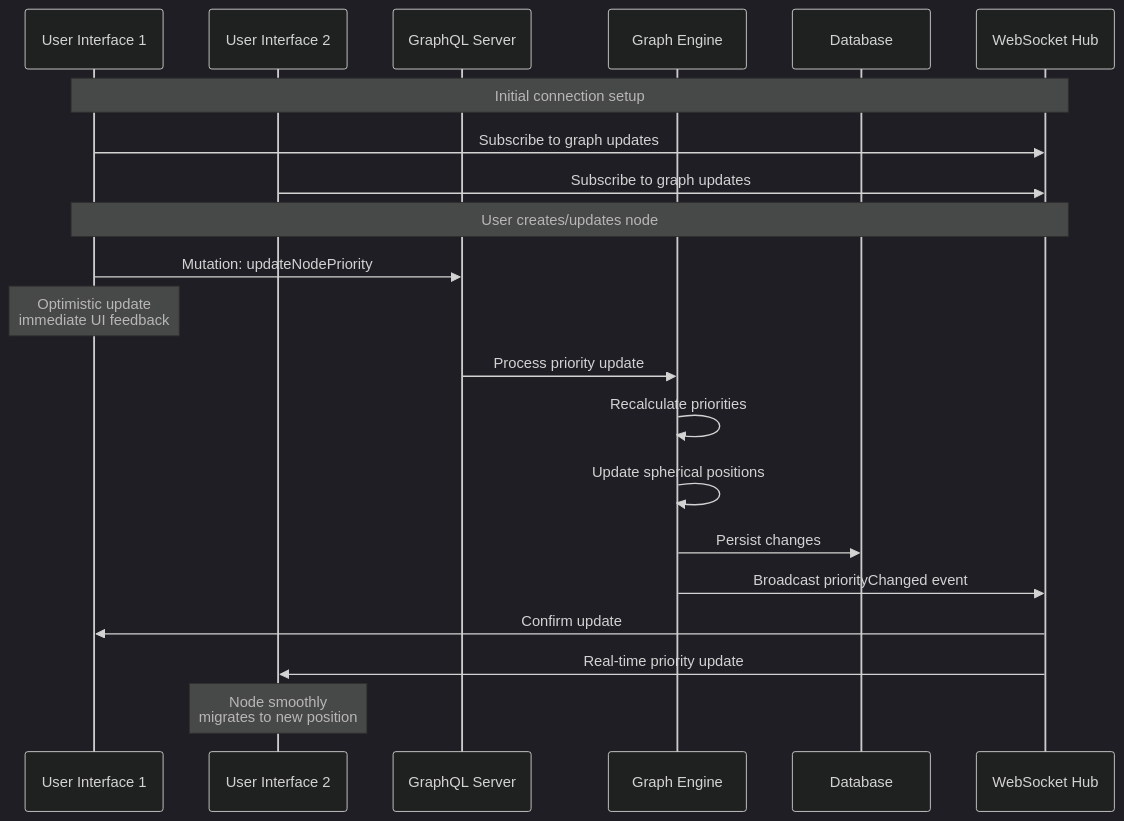
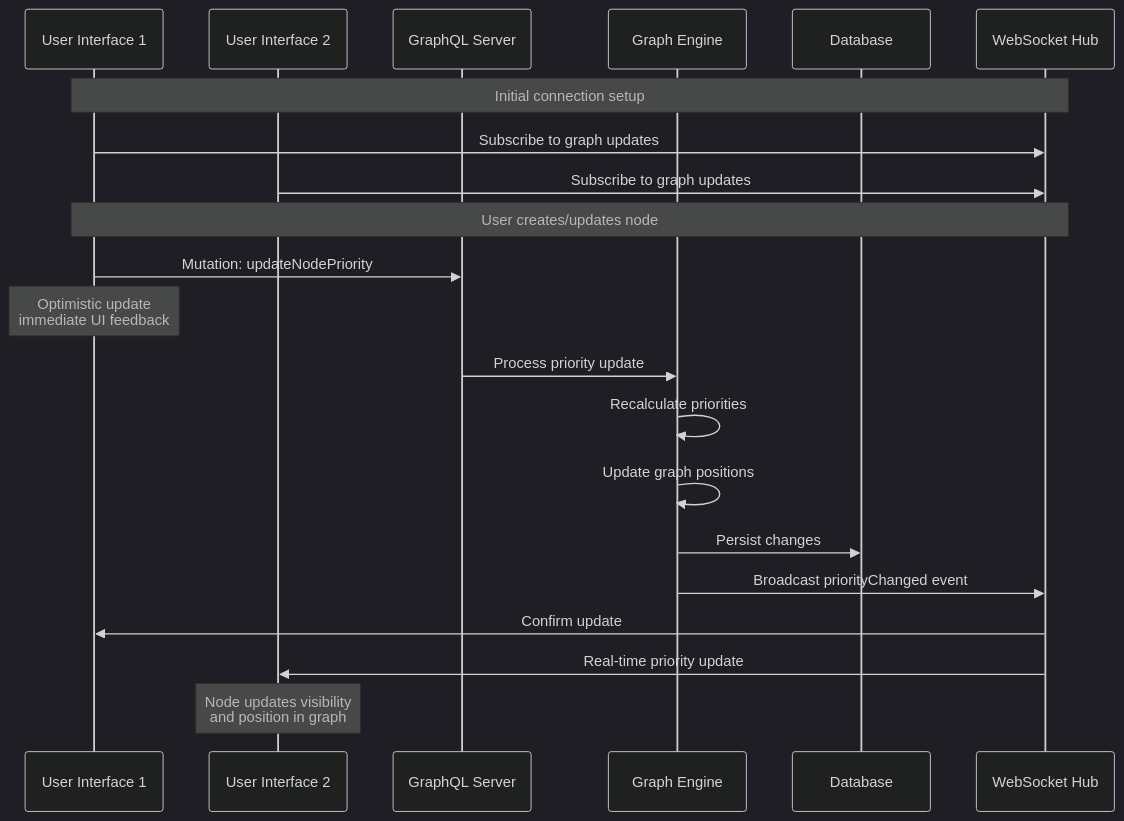
One commit to GraphDone/GraphDone-Core changed the tenth of 13 diagrams in docs/detailed-overview.md. Above: the diagram before and after it, drawn with Mermaid (dark theme). The commit also changed other lines of this file and 2 other files, not shown here.

First line of the commit message:
Update documentation to reflect 2D multi-level graph approach

````diff
--- a/docs/detailed-overview.md
+++ b/docs/detailed-overview.md
@@ -377,28 +387,28 @@
 ```mermaid
 sequenceDiagram
     participant UI1 as User Interface 1
     participant UI2 as User Interface 2
     participant GQL as GraphQL Server
     participant GRAPH as Graph Engine
     participant DB as Database
     participant WS as WebSocket Hub
     
     Note over UI1,WS: Initial connection setup
     UI1->>WS: Subscribe to graph updates
     UI2->>WS: Subscribe to graph updates
     
     Note over UI1,WS: User creates/updates node
     UI1->>GQL: Mutation: updateNodePriority
     Note over UI1: Optimistic update<br/>immediate UI feedback
     
     GQL->>GRAPH: Process priority update
     GRAPH->>GRAPH: Recalculate priorities
-    GRAPH->>GRAPH: Update spherical positions
+    GRAPH->>GRAPH: Update graph positions
     GRAPH->>DB: Persist changes
     
     GRAPH->>WS: Broadcast priorityChanged event
     WS->>UI1: Confirm update
     WS->>UI2: Real-time priority update
     
-    Note over UI2: Node smoothly<br/>migrates to new position
+    Note over UI2: Node updates visibility<br/>and position in graph
 ```
````
